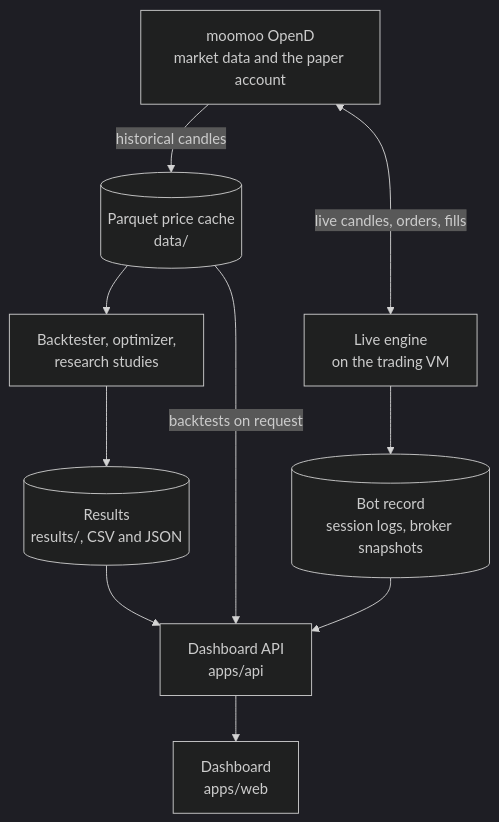
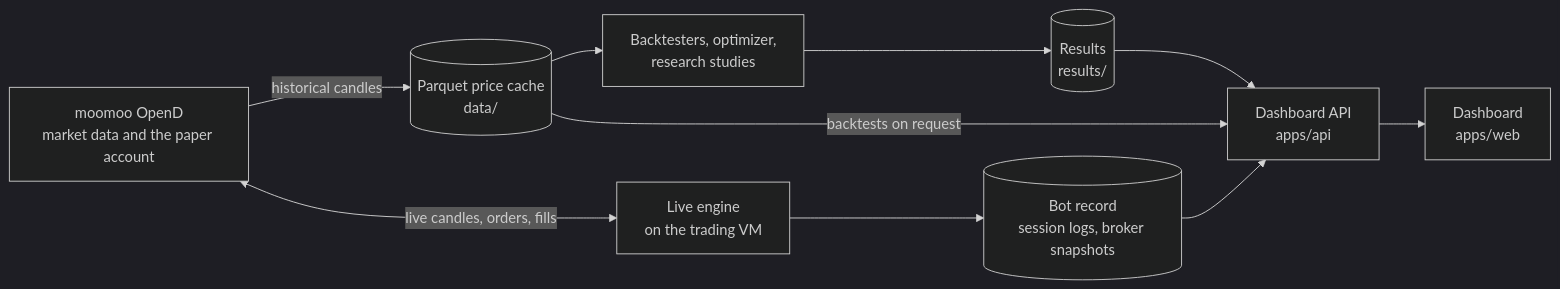
The diagram in site_docs/index.md (JacksonSeowJX/midfreq-trading-bot), drawn with Mermaid (dark theme) before and after one commit. The commit also changed other lines of this file and 59 other files, not shown here.

````diff
--- a/site_docs/index.md
+++ b/site_docs/index.md
@@ -46,18 +118,18 @@
 ```mermaid
-flowchart TB
+flowchart LR
     opend["moomoo OpenD<br/>market data and the paper account"]
     cache[("Parquet price cache<br/>data/")]
+    research["Backtesters, optimizer,<br/>research studies"]
+    results[("Results<br/>results/")]
     live["Live engine<br/>on the trading VM"]
-    research["Backtester, optimizer,<br/>research studies"]
     record[("Bot record<br/>session logs, broker snapshots")]
-    results[("Results<br/>results/, CSV and JSON")]
     api["Dashboard API<br/>apps/api"]
     web["Dashboard<br/>apps/web"]
 
     opend -- "historical candles" --> cache
+    cache --> research --> results --> api
     opend <-- "live candles, orders, fills" --> live
-    cache --> research --> results --> api
     live --> record --> api
     cache -- "backtests on request" --> api
     api --> web
 ```
````
